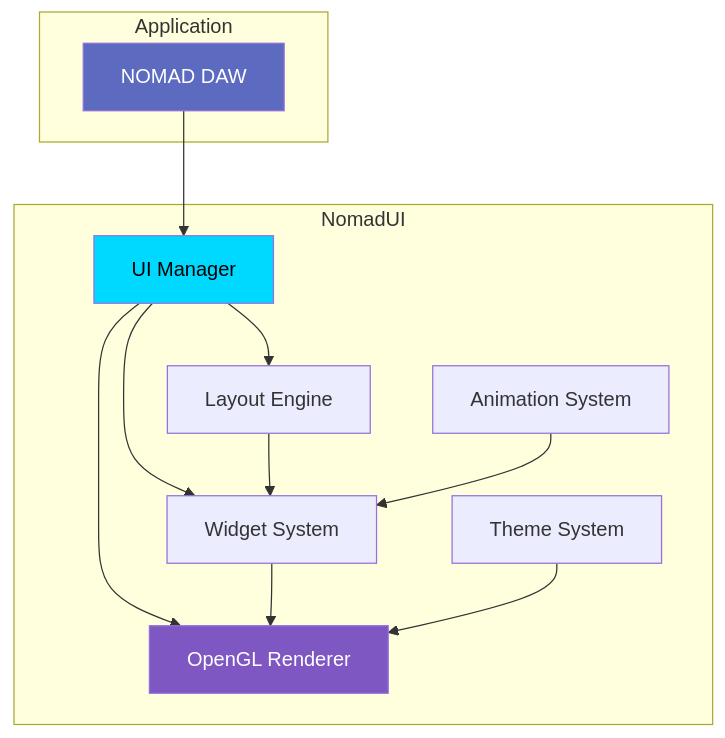
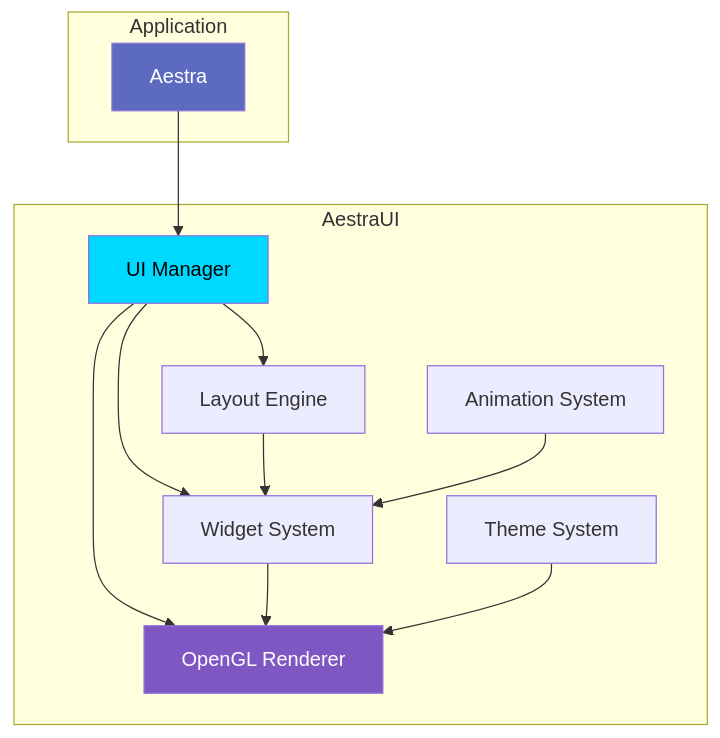
Before and after one commit to currentsuspect/Aestra: the second of 3 diagrams in docs/architecture/nomad-ui.md, drawn with Mermaid. The commit also changed other lines of this file and 1011 other files, not shown here.

Commit message:
Rename Nomad DAW to Aestra DAW

````diff
--- a/docs/architecture/nomad-ui.md
+++ b/docs/architecture/nomad-ui.md
@@ -174,28 +174,28 @@
 ```mermaid
 graph TB
     subgraph "Application"
-        App[NOMAD DAW]
+        App[Aestra]
     end
     
-    subgraph "NomadUI"
+    subgraph "AestraUI"
         UI[UI Manager]
         Renderer[OpenGL Renderer]
         Widgets[Widget System]
         Layout[Layout Engine]
         Theme[Theme System]
         Anim[Animation System]
     end
     
     App --> UI
     UI --> Renderer
     UI --> Widgets
     UI --> Layout
     Widgets --> Renderer
     Layout --> Widgets
     Theme --> Renderer
     Anim --> Widgets
     
     style App fill:#5c6bc0,color:#fff
     style UI fill:#00d9ff,color:#000
     style Renderer fill:#7e57c2,color:#fff
 ```
````
